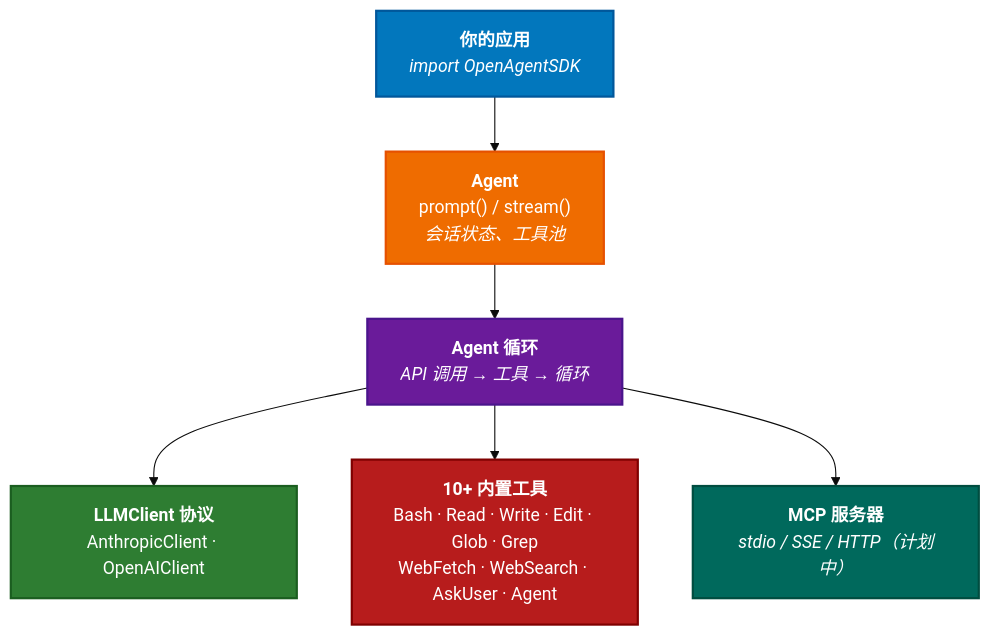
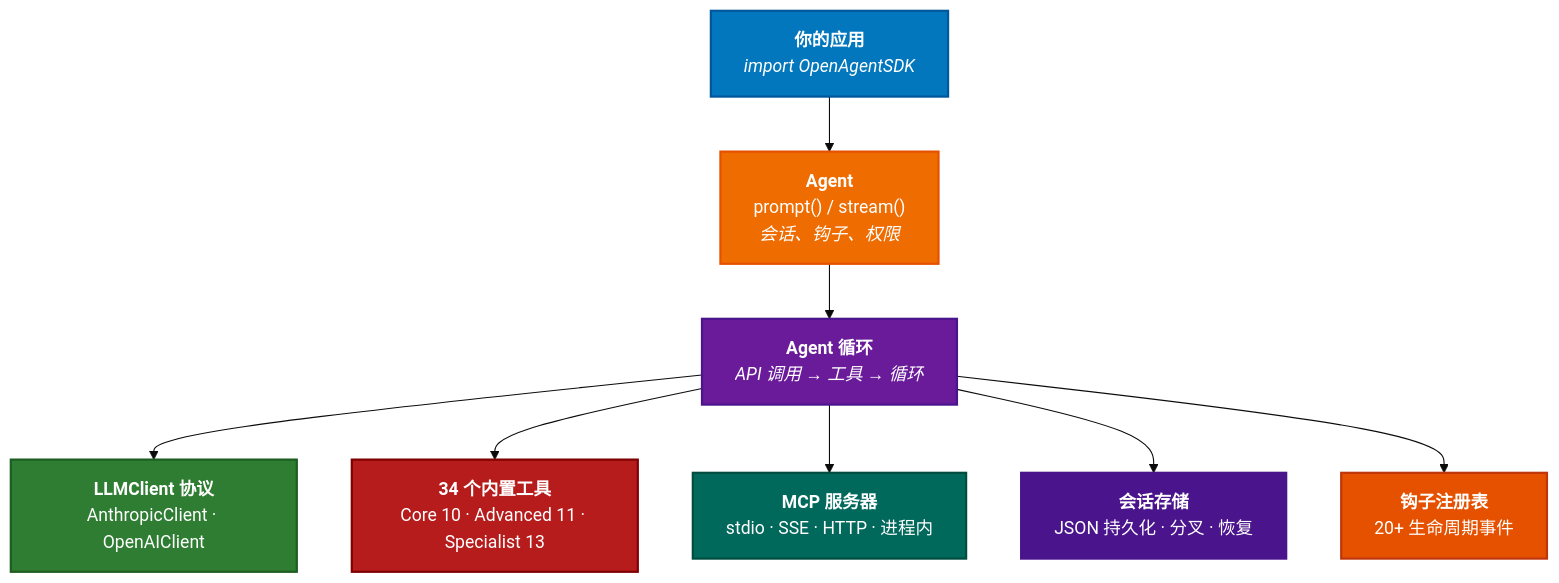
The diagram in README_CN.md (terryso/open-agent-sdk-swift), drawn with Mermaid (base theme) before and after one commit. The commit also changed other lines of this file and 6 other files, not shown here.

````diff
--- a/README_CN.md
+++ b/README_CN.md
@@ -172,18 +305,24 @@
 ```mermaid
 graph TD
     A["<b>你的应用</b><br/><i>import OpenAgentSDK</i>"] --> B
-    B["<b>Agent</b><br/>prompt() / stream()<br/><i>会话状态、工具池</i>"] --> C
-    C["<b>Agent 循环</b><br/><i>API 调用 → 工具 → 循环</i>"] --> D
+    B["<b>Agent</b><br/>prompt() / stream()<br/><i>会话、钩子、权限</i>"] --> C
+    C["<b>Agent 循环</b><br/><i>API 调用 &rarr; 工具 &rarr; 循环</i>"] --> D
     C --> E
     C --> F
-    D["<b>LLMClient 协议</b><br/>AnthropicClient · OpenAIClient"]
-    E["<b>10+ 内置工具</b><br/>Bash · Read · Write · Edit · Glob · Grep<br/>WebFetch · WebSearch · AskUser · Agent"]
-    F["<b>MCP 服务器</b><br/><i>stdio / SSE / HTTP（计划中）</i>"]
+    C --> G
+    C --> H
+    D["<b>LLMClient 协议</b><br/>AnthropicClient &middot; OpenAIClient"]
+    E["<b>34 个内置工具</b><br/>Core 10 &middot; Advanced 11 &middot; Specialist 13"]
+    F["<b>MCP 服务器</b><br/>stdio &middot; SSE &middot; HTTP &middot; 进程内"]
+    G["<b>会话存储</b><br/>JSON 持久化 &middot; 分叉 &middot; 恢复"]
+    H["<b>钩子注册表</b><br/>20+ 生命周期事件"]
 
     style A fill:#0277bd,stroke:#01579b,color:#fff,stroke-width:2px
     style B fill:#ef6c00,stroke:#e65100,color:#fff,stroke-width:2px
     style C fill:#6a1b9a,stroke:#4a148c,color:#fff,stroke-width:2px
     style D fill:#2e7d32,stroke:#1b5e20,color:#fff,stroke-width:2px
     style E fill:#b71c1c,stroke:#7f0000,color:#fff,stroke-width:2px
     style F fill:#00695c,stroke:#004d40,color:#fff,stroke-width:2px
+    style G fill:#4a148c,stroke:#4a148c,color:#fff,stroke-width:2px
+    style H fill:#e65100,stroke:#bf360c,color:#fff,stroke-width:2px
 ```
````
